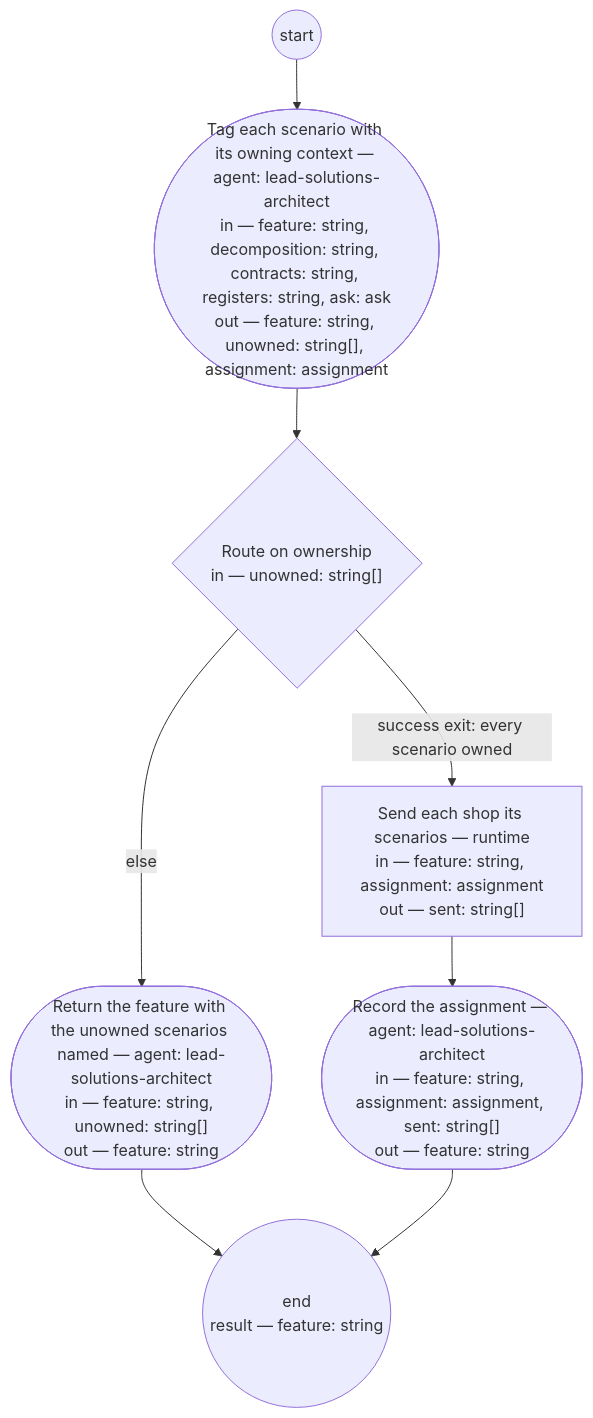
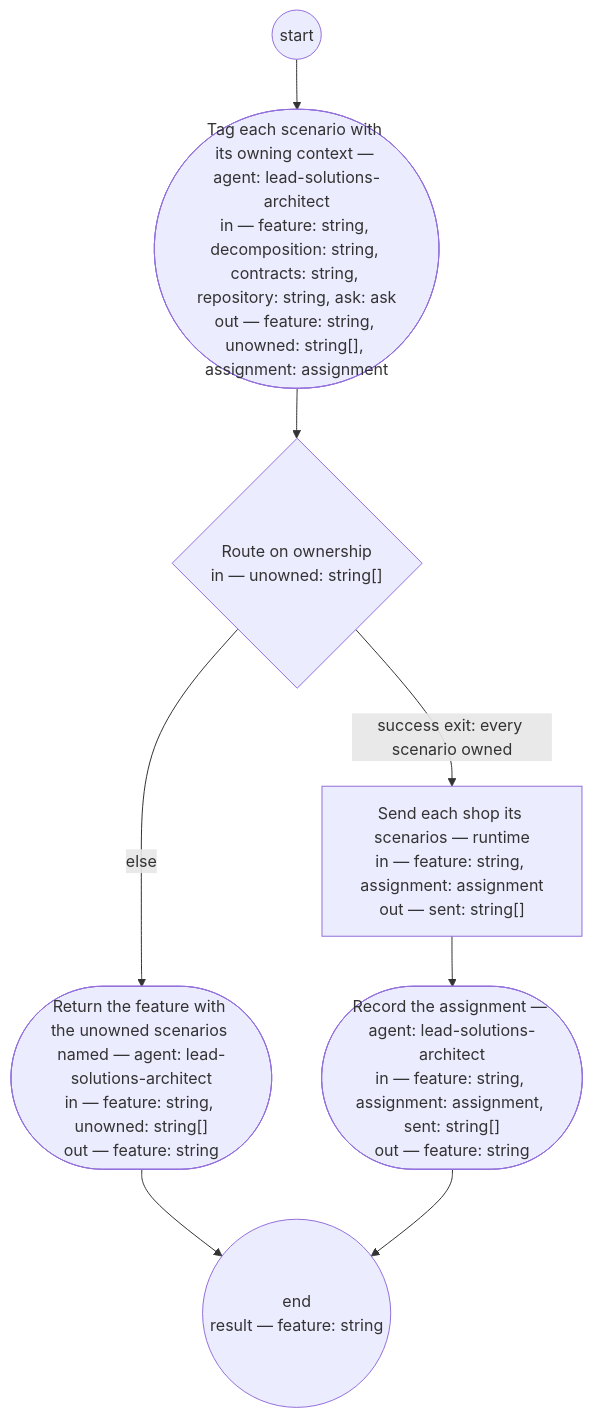
Before and after one commit to dstengle/shopsystem-product: the diagram in basis/processes/scenario-assignment.md, drawn with Mermaid. The commit also changed other lines of this file and 8 other files, not shown here.

````diff
--- a/basis/processes/scenario-assignment.md
+++ b/basis/processes/scenario-assignment.md
@@ -71,16 +72,16 @@
 ```mermaid
 flowchart TD
-  assign(["Tag each scenario with its owning context — agent: lead-solutions-architect<br/>in — feature: string, decomposition: string, contracts: string, registers: string, ask: ask<br/>out — feature: string, unowned: string[], assignment: assignment"])
+  assign(["Tag each scenario with its owning context — agent: lead-solutions-architect<br/>in — feature: string, decomposition: string, contracts: string, repository: string, ask: ask<br/>out — feature: string, unowned: string[], assignment: assignment"])
   route{"Route on ownership<br/>in — unowned: string[]"}
   return(["Return the feature with the unowned scenarios named — agent: lead-solutions-architect<br/>in — feature: string, unowned: string[]<br/>out — feature: string"])
   dispatch["Send each shop its scenarios — runtime<br/>in — feature: string, assignment: assignment<br/>out — sent: string[]"]
   record(["Record the assignment — agent: lead-solutions-architect<br/>in — feature: string, assignment: assignment, sent: string[]<br/>out — feature: string"])
   __end(("end<br/>result — feature: string"))
   __start(("start")) --> assign
   assign --> route
   route -->|success exit: every scenario owned| dispatch
   route -->|else| return
   return --> __end
   dispatch --> record
   record --> __end
 ```
````
